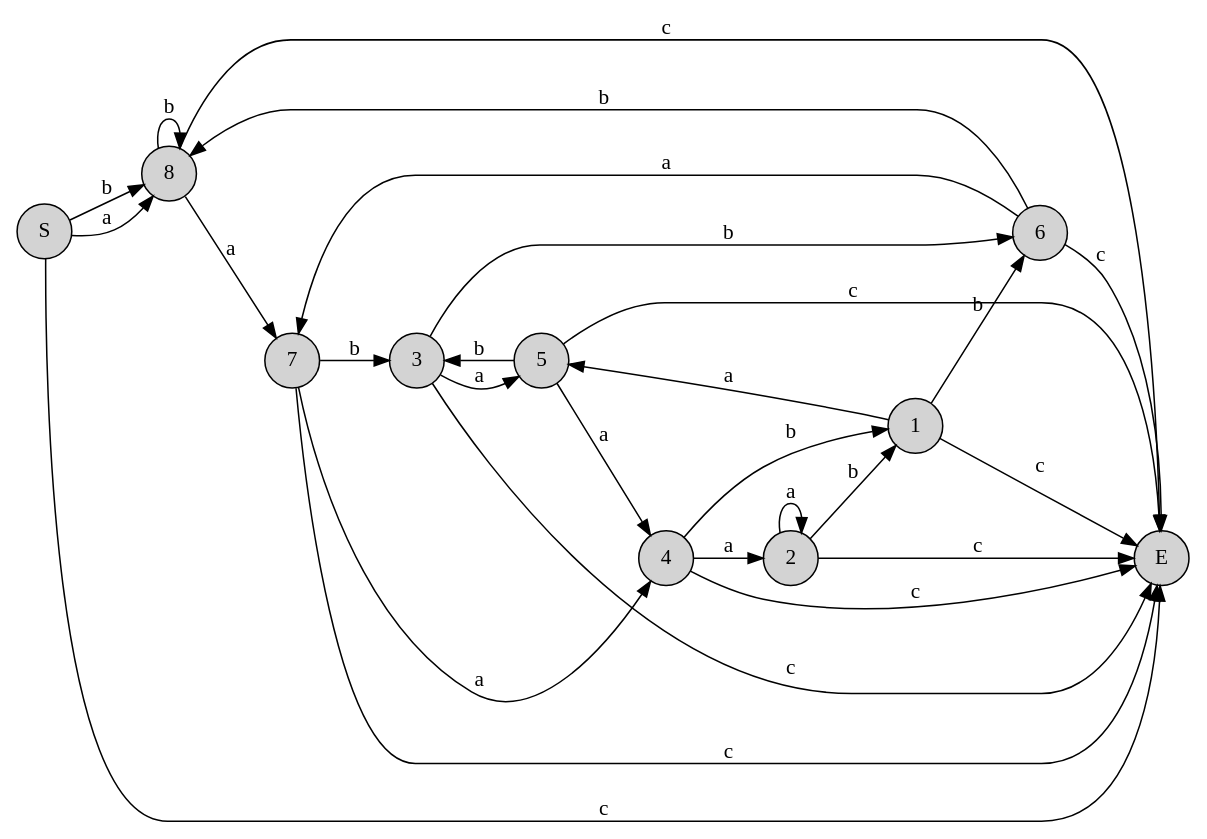
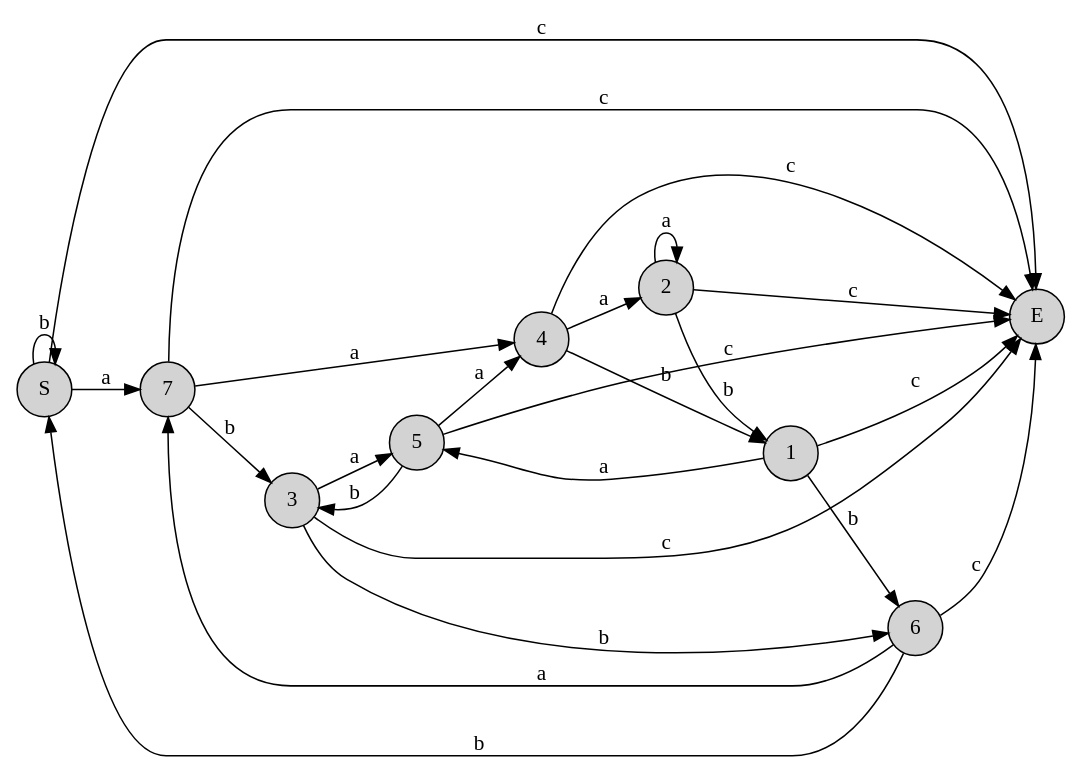
Before and after one commit to illusory0x0/containers.mbt: the diagram in automaton/__snapshot__/dfa_state_explosion.dot, drawn with Graphviz. The commit also changed 10 other files, not shown here.

```diff
--- a/automaton/__snapshot__/dfa_state_explosion.dot
+++ b/automaton/__snapshot__/dfa_state_explosion.dot
@@ -1,42 +1,38 @@
 
 digraph {
 rankdir=LR;
 node [shape = circle; style = filled;];
-0->8[label="a"];
-0->8[label="b"];
-0->9[label="c"];
+0->7[label="a"];
+0->0[label="b"];
+0->8[label="c"];
 1->5[label="a"];
 1->6[label="b"];
-1->9[label="c"];
+1->8[label="c"];
 2->2[label="a"];
 2->1[label="b"];
-2->9[label="c"];
+2->8[label="c"];
 3->5[label="a"];
 3->6[label="b"];
-3->9[label="c"];
+3->8[label="c"];
 4->2[label="a"];
 4->1[label="b"];
-4->9[label="c"];
+4->8[label="c"];
 5->4[label="a"];
 5->3[label="b"];
-5->9[label="c"];
+5->8[label="c"];
 6->7[label="a"];
-6->8[label="b"];
-6->9[label="c"];
+6->0[label="b"];
+6->8[label="c"];
 7->4[label="a"];
 7->3[label="b"];
-7->9[label="c"];
-8->7[label="a"];
-8->8[label="b"];
-8->9[label="c"];
+7->8[label="c"];
 0 [label="S";]
 1 [label="1";]
 2 [label="2";]
 3 [label="3";]
 4 [label="4";]
 5 [label="5";]
 6 [label="6";]
 7 [label="7";]
-8 [label="8";]
-9 [label="E";]
+8 [label="E";]
 }
```
